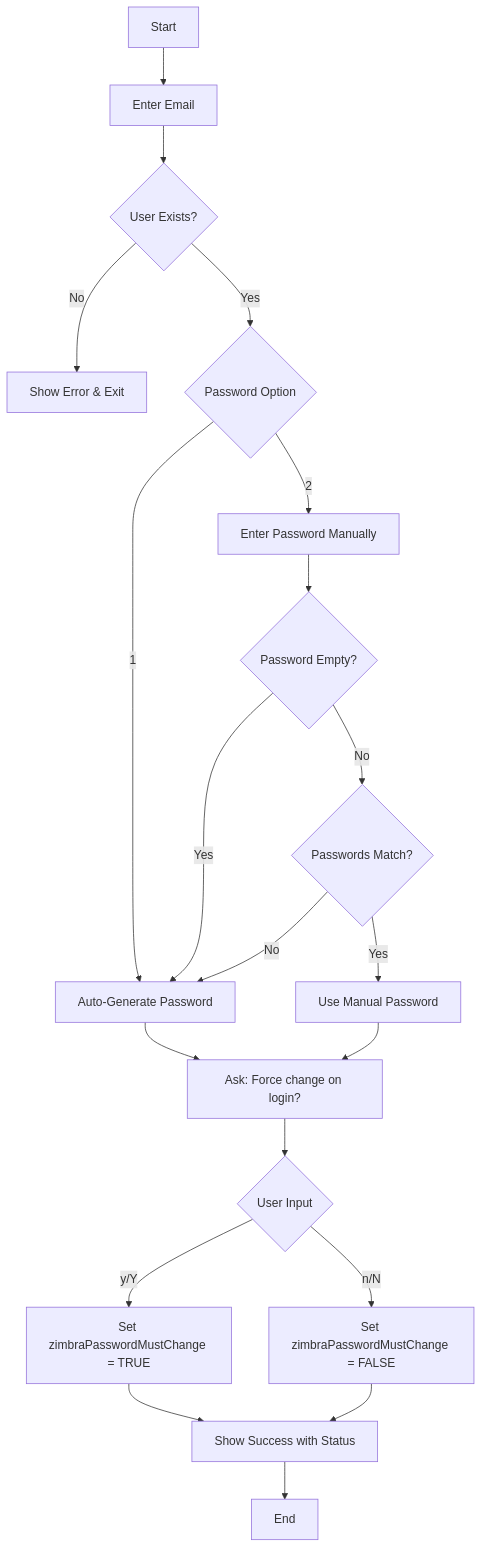
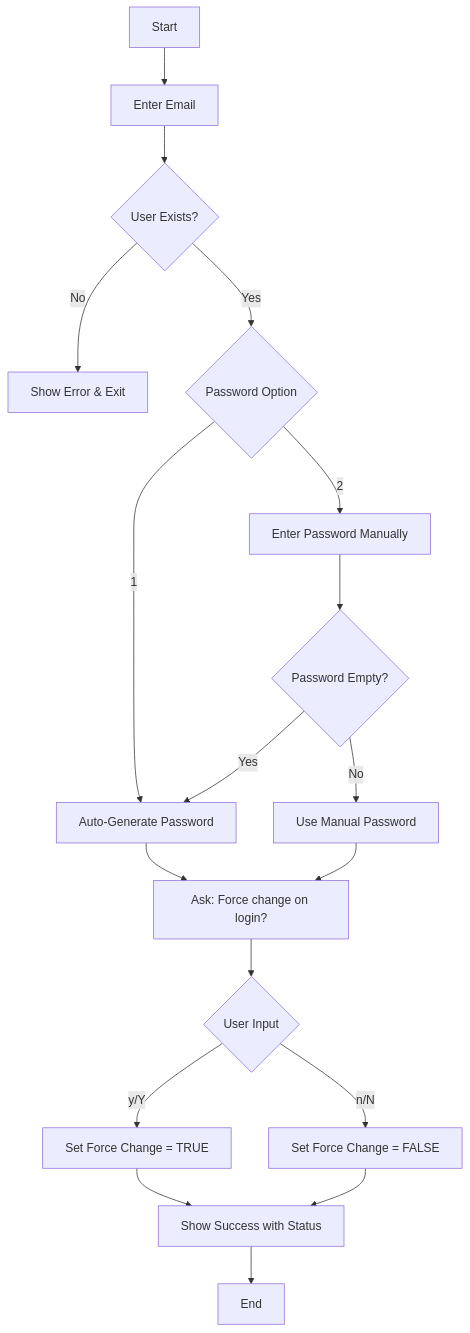
One commit to janak0ff/script-forest changed the diagram in readme-zm.md. Above: the diagram before and after it, drawn with Mermaid. The commit also changed other lines of this file and 1 other file, not shown here.

````diff
--- a/readme-zm.md
+++ b/readme-zm.md
@@ -136,22 +166,20 @@
 ```mermaid
 graph TD
     A[Start] --> B[Enter Email]
     B --> C{User Exists?}
     C -->|No| D[Show Error & Exit]
     C -->|Yes| E{Password Option}
     E -->|1| F[Auto-Generate Password]
     E -->|2| G[Enter Password Manually]
     G --> H{Password Empty?}
     H -->|Yes| F
-    H -->|No| I{Passwords Match?}
-    I -->|No| F
-    I -->|Yes| J[Use Manual Password]
+    H -->|No| J[Use Manual Password]
     F --> K[Ask: Force change on login?]
     J --> K
     K --> L{User Input}
-    L -->|y/Y| M[Set zimbraPasswordMustChange = TRUE]
-    L -->|n/N| N[Set zimbraPasswordMustChange = FALSE]
+    L -->|y/Y| M[Set Force Change = TRUE]
+    L -->|n/N| N[Set Force Change = FALSE]
     M --> O[Show Success with Status]
     N --> O[Show Success with Status]
     O --> P[End]
 ```
````
